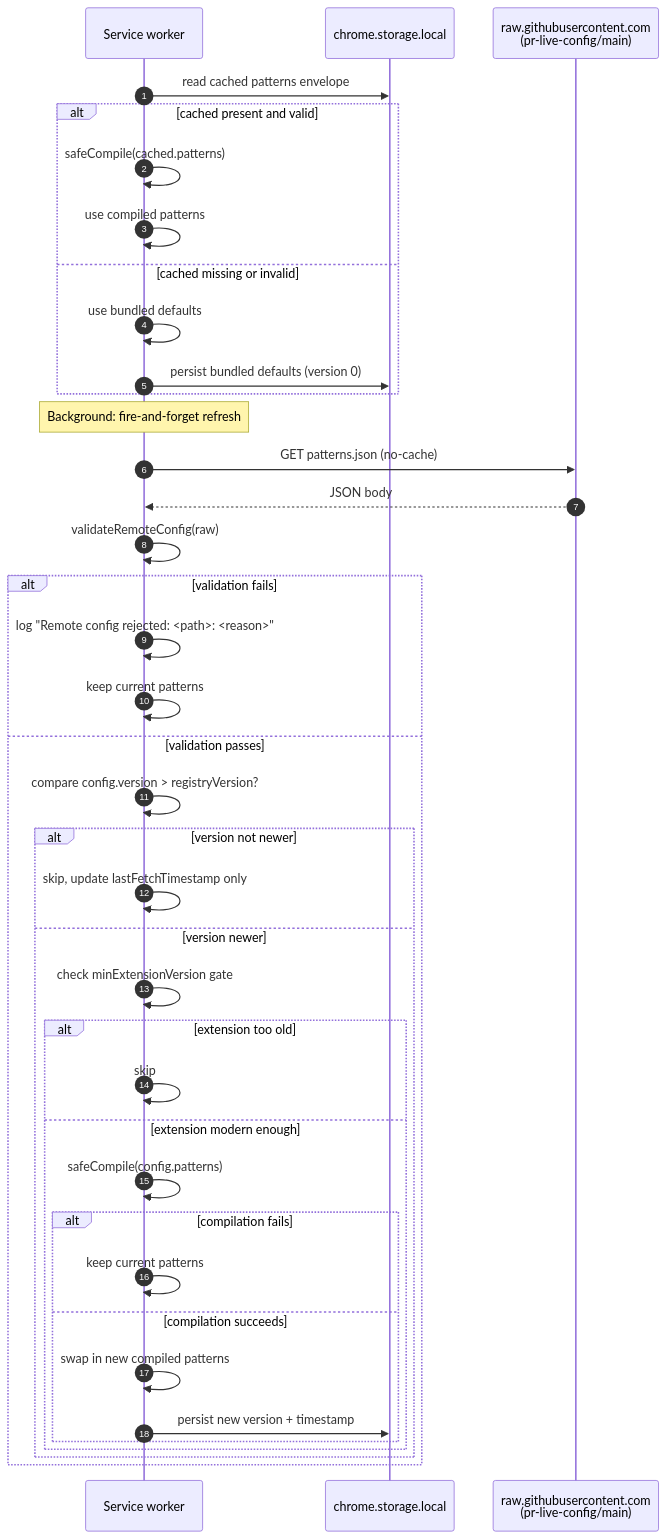
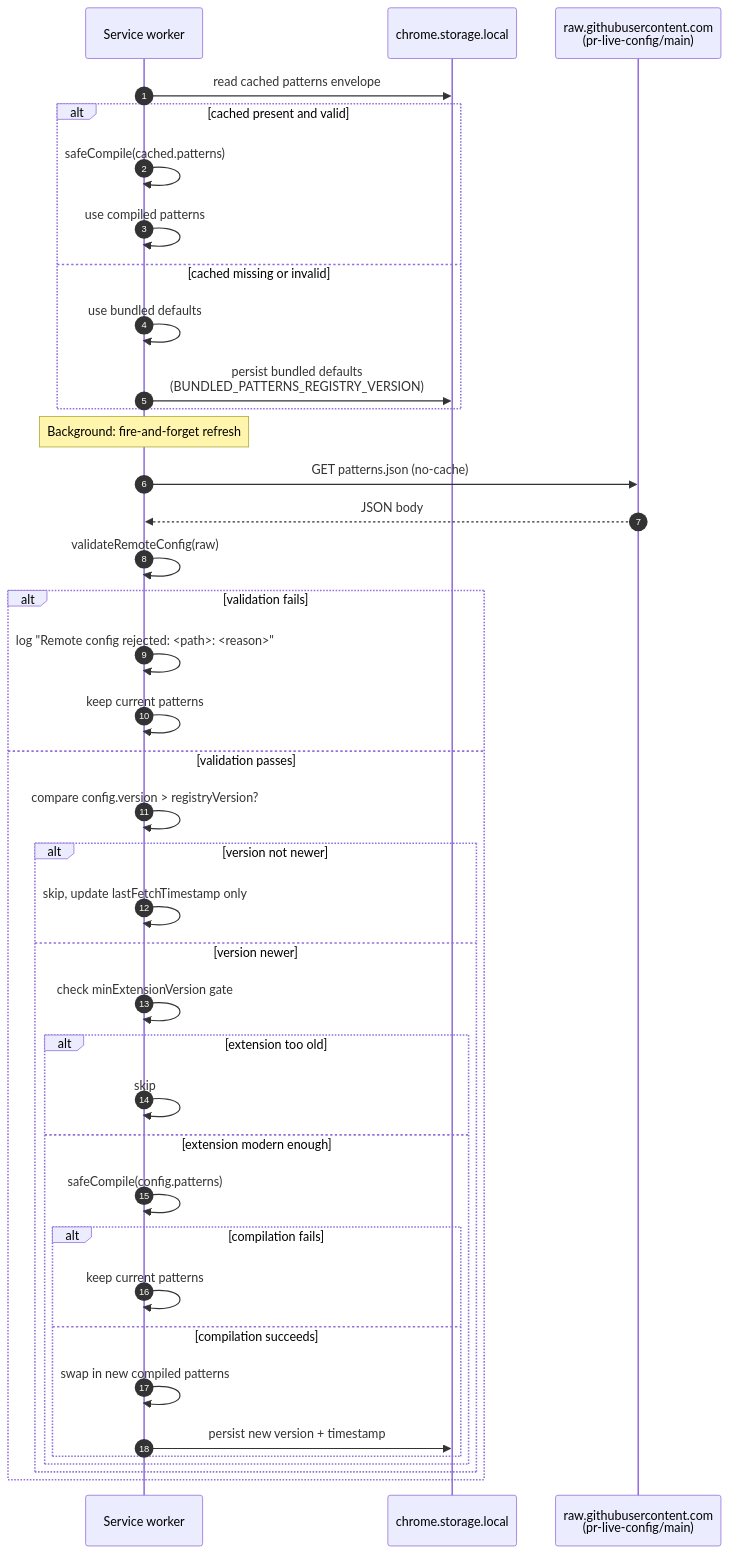
The diagram in wiki/Remote-Configuration.md (dragosdev-code/pullwatch), drawn with Mermaid before and after one commit. The commit also changed other lines of this file and 12 other files, not shown here.

````diff
--- a/wiki/Remote-Configuration.md
+++ b/wiki/Remote-Configuration.md
@@ -35,44 +54,44 @@
 ```mermaid
 sequenceDiagram
     autonumber
     participant SW as Service worker
     participant Storage as chrome.storage.local
     participant Remote as raw.githubusercontent.com<br/>(pr-live-config/main)
 
     SW->>Storage: read cached patterns envelope
     alt cached present and valid
         SW->>SW: safeCompile(cached.patterns)
         SW->>SW: use compiled patterns
     else cached missing or invalid
         SW->>SW: use bundled defaults
-        SW->>Storage: persist bundled defaults (version 0)
+        SW->>Storage: persist bundled defaults<br/>(BUNDLED_PATTERNS_REGISTRY_VERSION)
     end
 
     Note over SW: Background: fire-and-forget refresh
 
     SW->>Remote: GET patterns.json (no-cache)
     Remote-->>SW: JSON body
     SW->>SW: validateRemoteConfig(raw)
     alt validation fails
         SW->>SW: log "Remote config rejected: <path>: <reason>"
         SW->>SW: keep current patterns
     else validation passes
         SW->>SW: compare config.version > registryVersion?
         alt version not newer
             SW->>SW: skip, update lastFetchTimestamp only
         else version newer
             SW->>SW: check minExtensionVersion gate
             alt extension too old
                 SW->>SW: skip
             else extension modern enough
                 SW->>SW: safeCompile(config.patterns)
                 alt compilation fails
                     SW->>SW: keep current patterns
                 else compilation succeeds
                     SW->>SW: swap in new compiled patterns
                     SW->>Storage: persist new version + timestamp
                 end
             end
         end
     end
 ```
````
